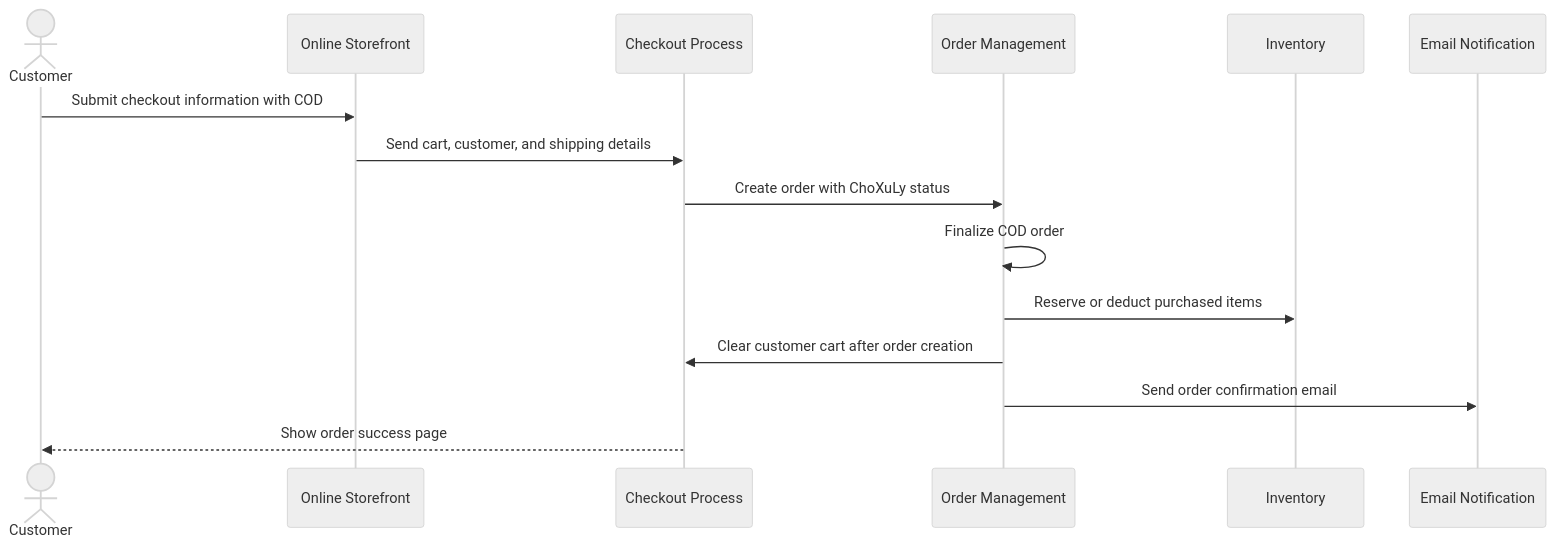
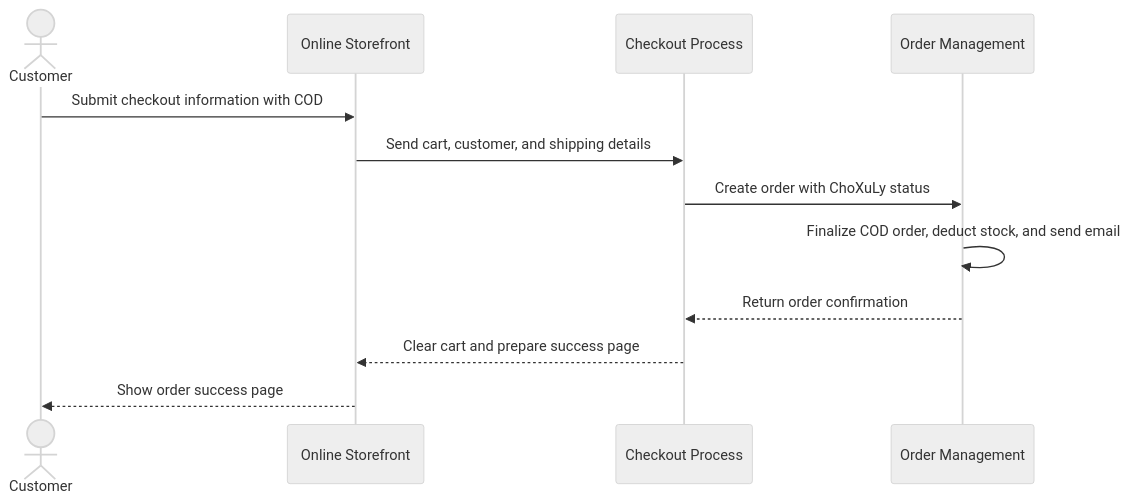
Before and after one commit to ngxuanvan/ReSip-Multi-Payment-E-Commerce: the third of 9 diagrams in README.md, drawn with Mermaid (neutral theme). The commit also changed other lines of this file, not shown here.

Commit message:
docs: refine sequence diagrams with stepwise messages

````diff
--- a/README.md
+++ b/README.md
@@ -114,18 +114,15 @@
 ```mermaid
 sequenceDiagram
     actor Customer
     participant Storefront as Online Storefront
     participant Checkout as Checkout Process
     participant Order as Order Management
-    participant Inventory as Inventory
-    participant Notification as Email Notification
 
     Customer->>Storefront: Submit checkout information with COD
     Storefront->>Checkout: Send cart, customer, and shipping details
     Checkout->>Order: Create order with ChoXuLy status
-    Order->>Order: Finalize COD order
-    Order->>Inventory: Reserve or deduct purchased items
-    Order->>Checkout: Clear customer cart after order creation
-    Order->>Notification: Send order confirmation email
-    Checkout-->>Customer: Show order success page
+    Order->>Order: Finalize COD order, deduct stock, and send email
+    Order-->>Checkout: Return order confirmation
+    Checkout-->>Storefront: Clear cart and prepare success page
+    Storefront-->>Customer: Show order success page
 ```
````
